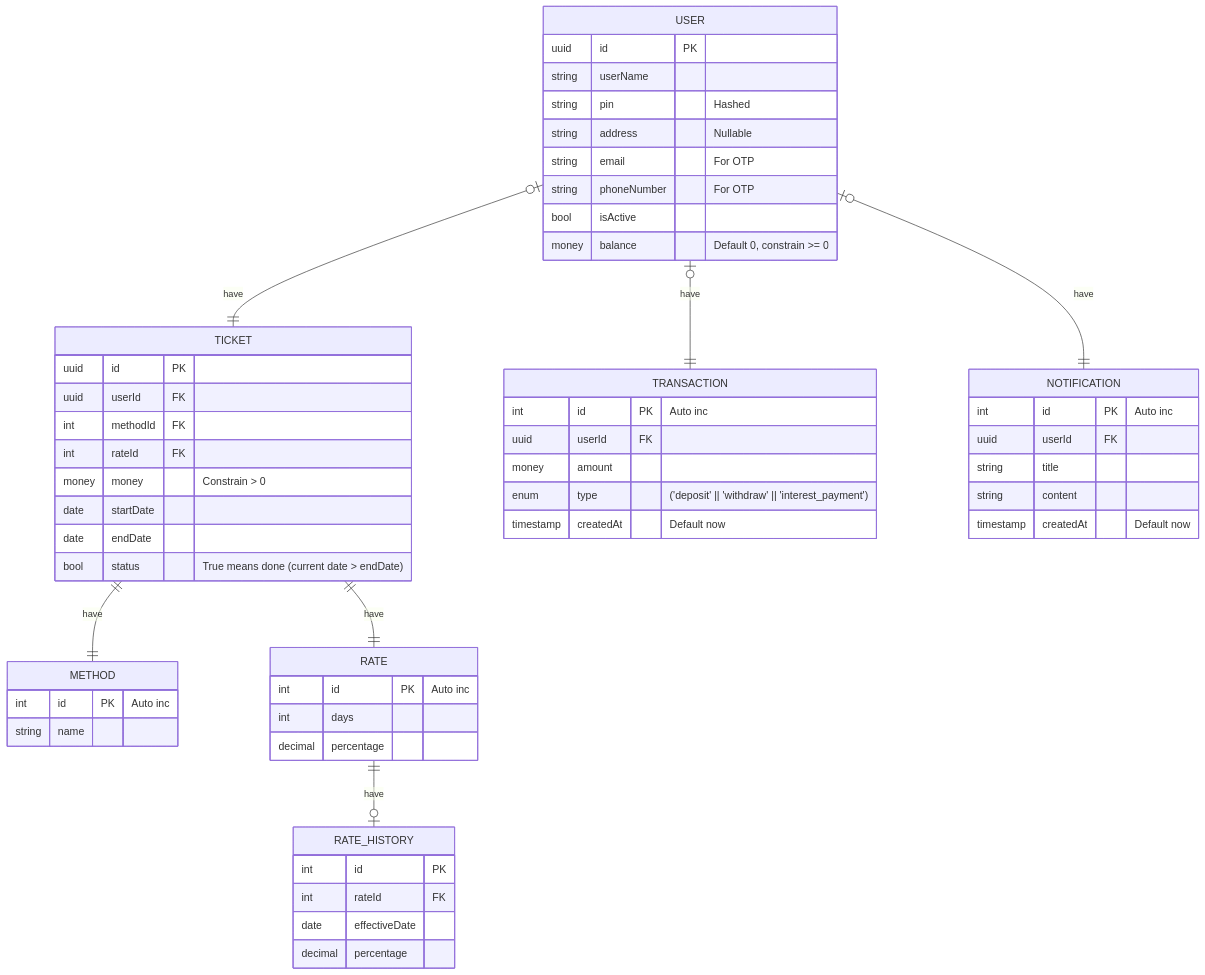
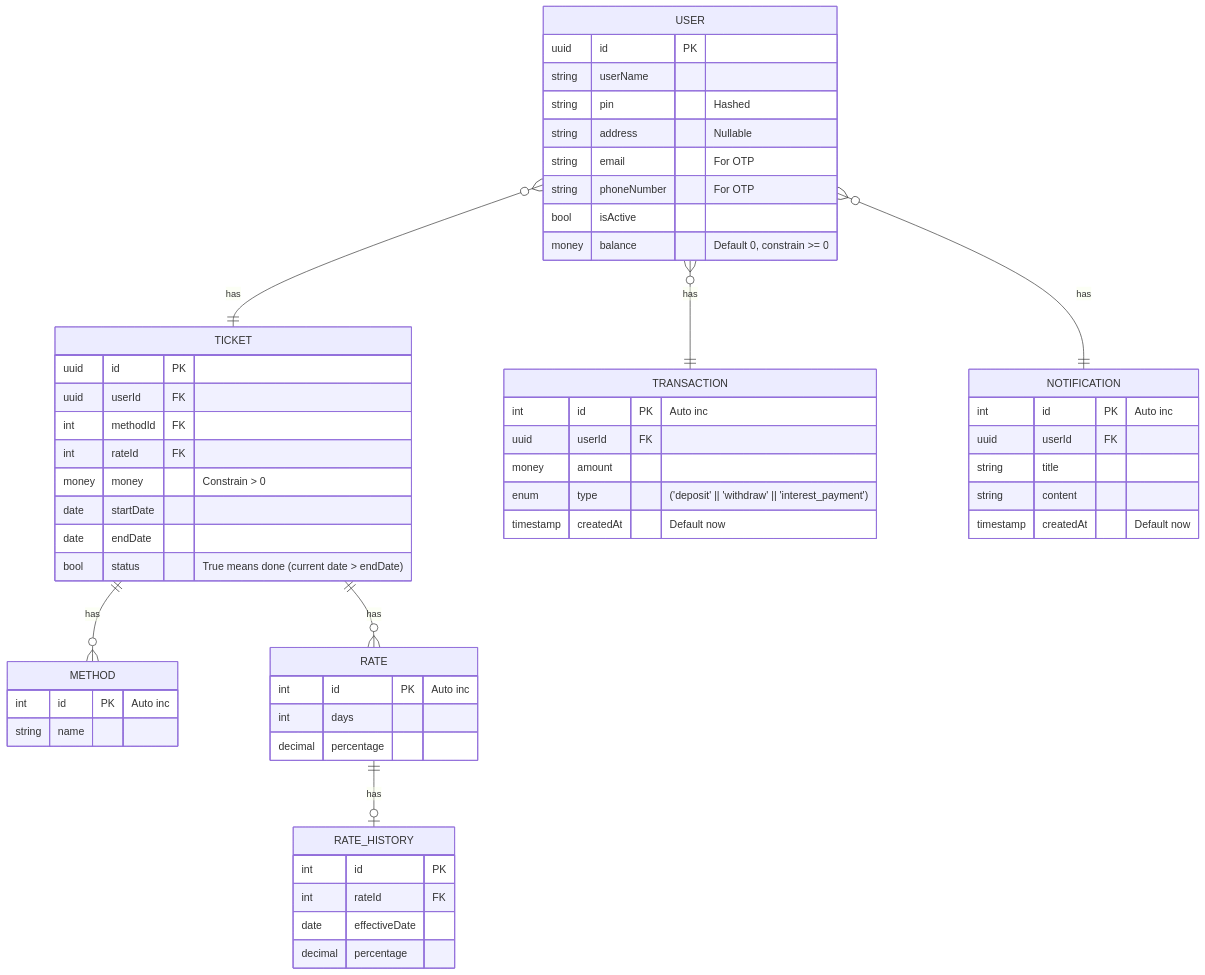
Before and after one commit to coinhub-uit/.github: the first of 2 diagrams in profile/README.md, drawn with Mermaid.

Commit message:
fix: relation in db

````diff
--- a/profile/README.md
+++ b/profile/README.md
@@ -15,66 +15,66 @@
 ```mermaid
 erDiagram
   USER {
     uuid id PK
     string userName
     string pin "Hashed"
     string address "Nullable"
     string email "For OTP"
     string phoneNumber "For OTP"
     bool isActive
     money balance "Default 0, constrain >= 0"
   }
 
   METHOD {
     int id PK "Auto inc"
     string name
   }
 
   RATE {
     int id PK "Auto inc"
     int days
     decimal percentage
   }
 
   TICKET {
     uuid id PK
     uuid userId FK
     int methodId FK
     int rateId FK
     money money "Constrain > 0"
     date startDate
     date endDate
     %% or try calculating status by curDate and endDate maybe?
     bool status "True means done (current date > endDate)"
   }
 
   TRANSACTION {
     int id PK "Auto inc"
     uuid userId FK
     money amount
     enum type "('deposit' || 'withdraw' || 'interest_payment')"
     timestamp createdAt "Default now"
   }
 
   NOTIFICATION {
     int id PK "Auto inc"
     uuid userId FK
     string title
     string content
     timestamp createdAt "Default now"
   }
 
   RATE_HISTORY {
     int id PK
     int rateId FK
     date effectiveDate
     decimal percentage
   }
 
-  USER |o--|| TICKET : have
-  TICKET ||--|| METHOD : have
-  TICKET ||--|| RATE : have
-  USER |o--|| TRANSACTION : have
-  USER |o--|| NOTIFICATION : have
-  RATE ||--o| RATE_HISTORY : have
+  USER }o--|| TICKET : has
+  USER }o--|| TRANSACTION : has
+  USER }o--|| NOTIFICATION : has
+  TICKET ||--}o METHOD : has
+  TICKET ||--}o RATE : has
+  RATE ||--o| RATE_HISTORY : has
 ```
````
